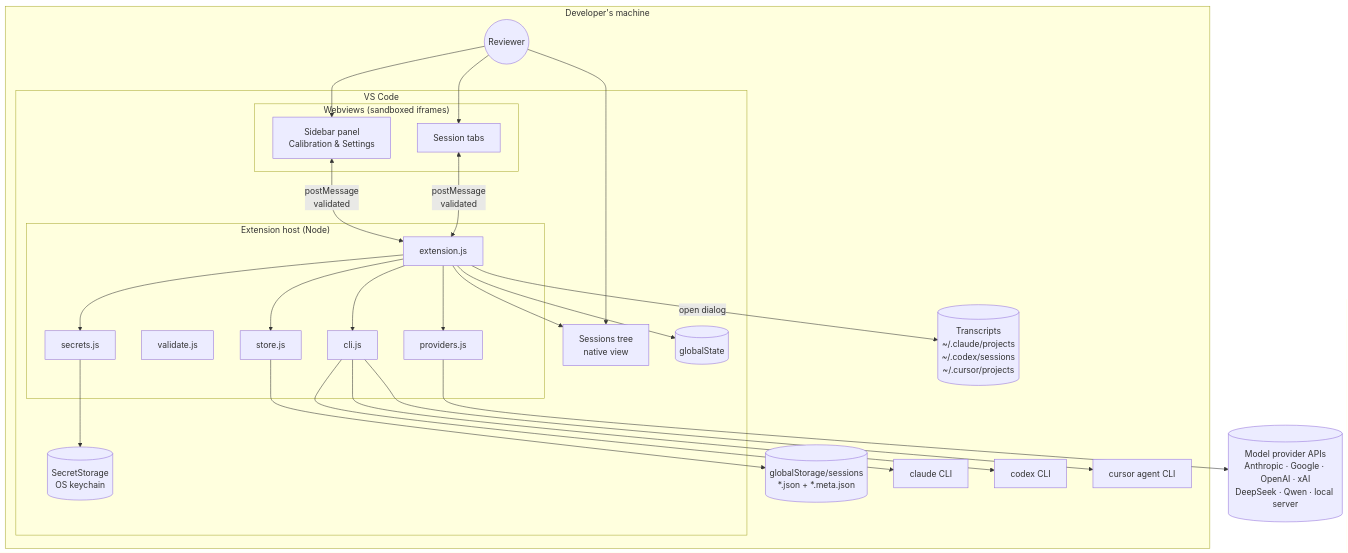
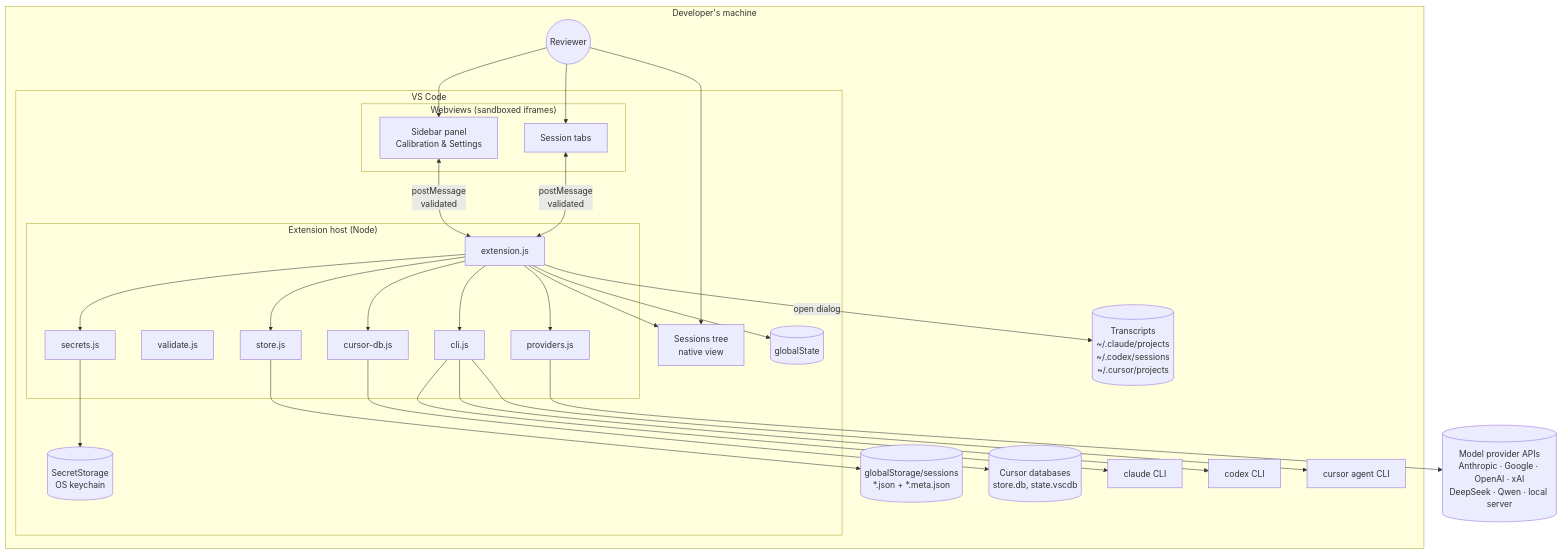
Before and after one commit to nikolaylosev/sessionlens-vscode: the second of 13 diagrams in docs/ARCHITECTURE.md, drawn with Mermaid. The commit also changed other lines of this file and 1 other file, not shown here.

First line of the commit message:
docs: record the 0.1.122 Cursor import in ARCHITECTURE

````diff
--- a/docs/ARCHITECTURE.md
+++ b/docs/ARCHITECTURE.md
@@ -56,39 +57,42 @@
 ```mermaid
 flowchart TB
   subgraph User["Developer's machine"]
     U((Reviewer))
     subgraph VSC["VS Code"]
       subgraph Host["Extension host (Node)"]
         EXT[extension.js]
         STORE[store.js]
         VAL[validate.js]
         SEC[secrets.js]
         PROV[providers.js]
         CLI[cli.js]
+        CDB[cursor-db.js]
       end
       subgraph UI["Webviews (sandboxed iframes)"]
         SIDE[Sidebar panel<br/>Calibration & Settings]
         TAB[Session tabs]
       end
       TREE[Sessions tree<br/>native view]
       KEY[(SecretStorage<br/>OS keychain)]
       GS[(globalState)]
     end
     FILES[(globalStorage/sessions<br/>*.json + *.meta.json)]
     TR[(Transcripts<br/>~/.claude/projects<br/>~/.codex/sessions<br/>~/.cursor/projects)]
+    CDBS[(Cursor databases<br/>store.db, state.vscdb)]
     CC[claude CLI]
     CX[codex CLI]
     CU[cursor agent CLI]
   end
   API[(Model provider APIs<br/>Anthropic · Google · OpenAI · xAI<br/>DeepSeek · Qwen · local server)]
 
   U --> SIDE & TAB & TREE
   SIDE & TAB <-->|postMessage<br/>validated| EXT
   EXT --> STORE --> FILES
   EXT --> SEC --> KEY
   EXT --> GS
   EXT --> PROV --> API
   EXT --> CLI --> CC & CX & CU
+  EXT --> CDB --> CDBS
   EXT -->|open dialog| TR
   EXT --> TREE
 ```
````
